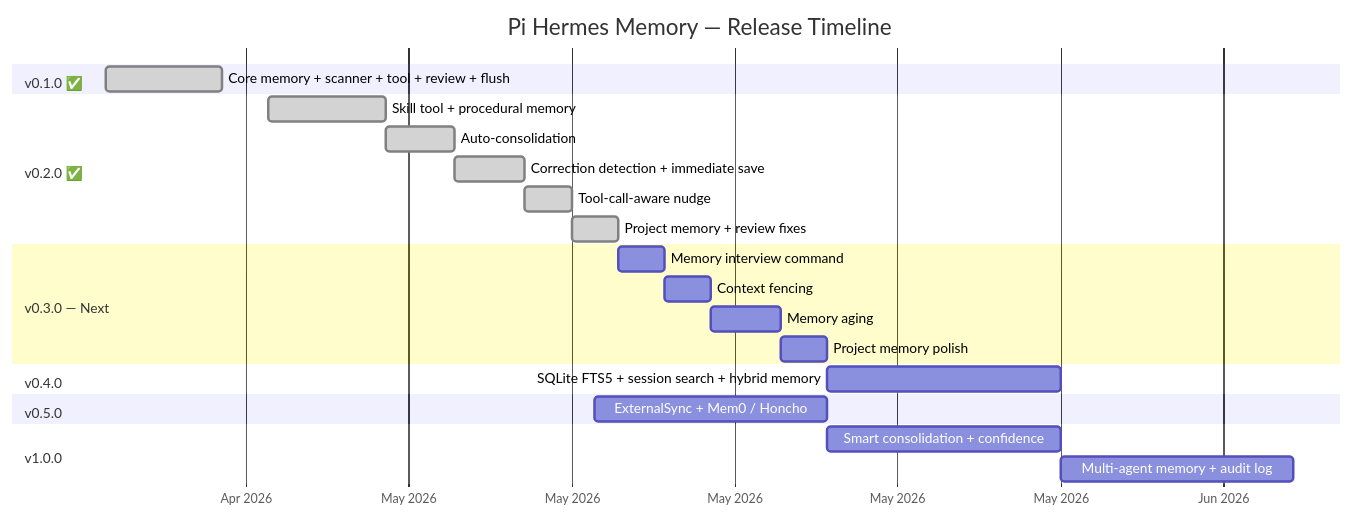
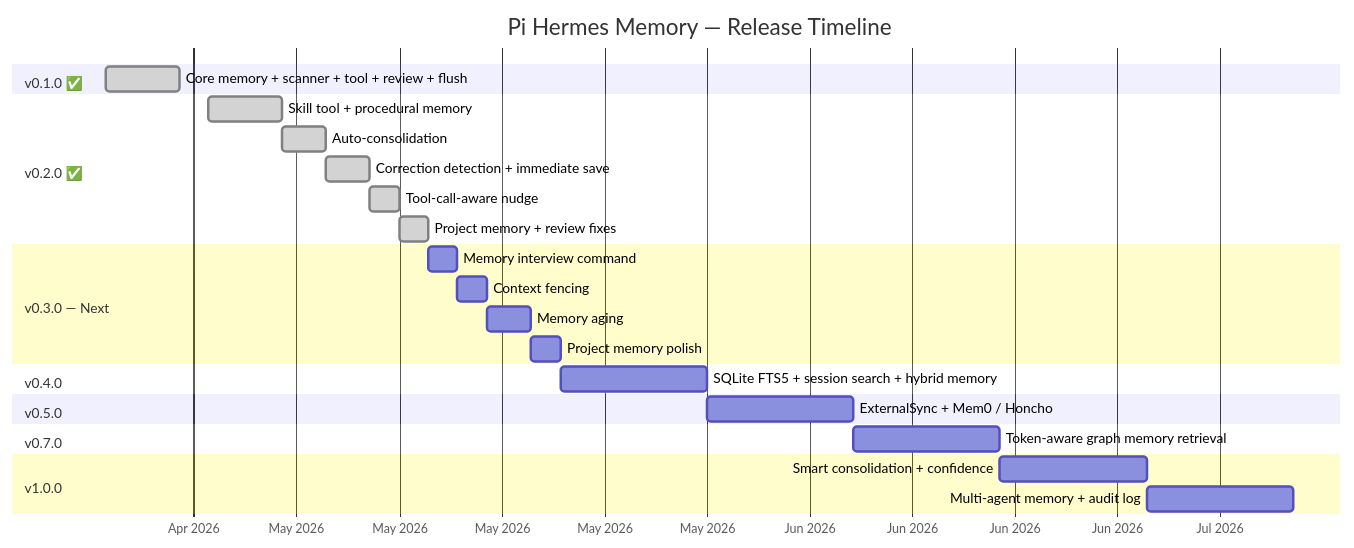
The second of 2 diagrams in docs/ROADMAP.md (efrembaraldo/gsd-pi-hermes-memory), drawn with Mermaid before and after one commit. The commit also changed other lines of this file and 25 other files, not shown here.

````diff
--- a/docs/ROADMAP.md
+++ b/docs/ROADMAP.md
@@ -385,32 +426,35 @@
 ```mermaid
 gantt
     title Pi Hermes Memory — Release Timeline
     dateFormat YYYY-MM-DD
     axisFormat %b %Y
 
     section v0.1.0 ✅
     Core memory + scanner + tool + review + flush    :done, v01, 2026-04-20, 5d
 
     section v0.2.0 ✅
     Skill tool + procedural memory                   :done, v02a, 2026-04-27, 5d
     Auto-consolidation                               :done, v02b, after v02a, 3d
     Correction detection + immediate save            :done, v02c, after v02b, 3d
     Tool-call-aware nudge                            :done, v02d, after v02c, 2d
     Project memory + review fixes                    :done, v02e, after v02d, 2d
 
     section v0.3.0 — Next
     Memory interview command                         :v03a, after v02e, 2d
     Context fencing                                  :v03b, after v03a, 2d
     Memory aging                                     :v03c, after v03b, 3d
     Project memory polish                            :v03d, after v03c, 2d
 
     section v0.4.0
     SQLite FTS5 + session search + hybrid memory    :v04a, after v03d, 10d
 
     section v0.5.0
-    ExternalSync + Mem0 / Honcho                     :v05a, after v04b, 10d
+    ExternalSync + Mem0 / Honcho                     :v05a, after v04a, 10d
+
+    section v0.7.0
+    Token-aware graph memory retrieval               :v07a, after v05a, 10d
 
     section v1.0.0
-    Smart consolidation + confidence                 :v1a, after v05a, 10d
+    Smart consolidation + confidence                 :v1a, after v07a, 10d
     Multi-agent memory + audit log                   :v1b, after v1a, 10d
 ```
````
